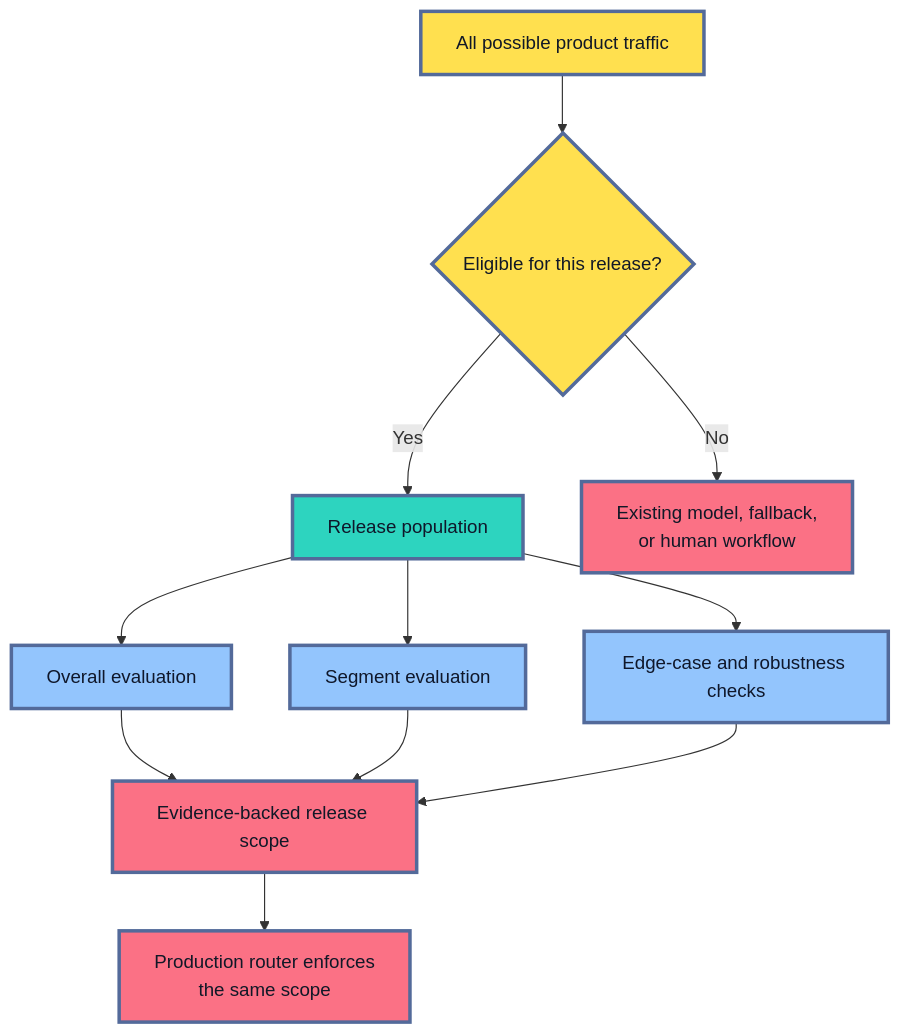
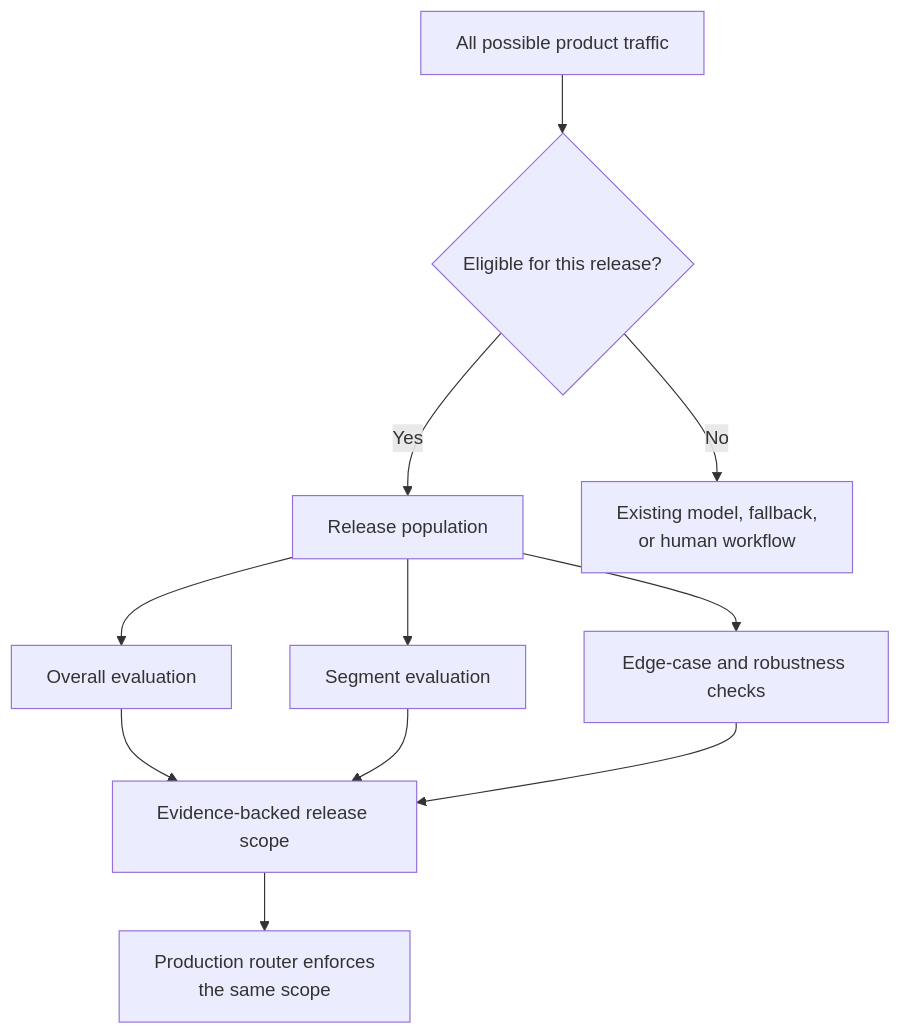
Before and after one commit to senlinyy/dev-roadmaps: the third of 12 diagrams in roadmaps/mlops/modules/model-evaluation/production-readiness/01-segment-evaluation-edge-cases.md, drawn with Mermaid. The commit also changed other lines of this file and 152 other files, not shown here.

Commit message:
feat: mlops and diagrams updated

````diff
--- a/roadmaps/mlops/modules/model-evaluation/production-readiness/01-segment-evaluation-edge-cases.md
+++ b/roadmaps/mlops/modules/model-evaluation/production-readiness/01-segment-evaluation-edge-cases.md
@@ -179,22 +175,18 @@
 ```mermaid
 flowchart TD
     A["All possible product traffic"] --> B{"Eligible for this release?"}
     B -->|"Yes"| C["Release population"]
     B -->|"No"| D["Existing model, fallback,<br/>or human workflow"]
     C --> E["Overall evaluation"]
     C --> F["Segment evaluation"]
     C --> G["Edge-case and robustness checks"]
     E --> H["Evidence-backed release scope"]
     F --> H
     G --> H
     H --> I["Production router enforces<br/>the same scope"]
 
-    classDef traffic fill:#FFE04F,stroke:#536A9A,stroke-width:3px,color:#111827
-    classDef scope fill:#2DD4BF,stroke:#536A9A,stroke-width:3px,color:#0F172A
-    classDef evidence fill:#93C5FD,stroke:#536A9A,stroke-width:3px,color:#0F172A
-    classDef action fill:#FB7185,stroke:#536A9A,stroke-width:3px,color:#111827
     class A,B traffic
     class C scope
     class E,F,G evidence
     class D,H,I action
 ```
````
